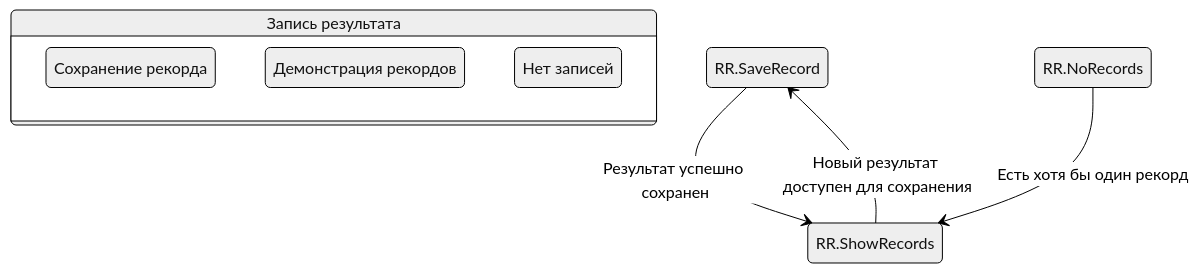
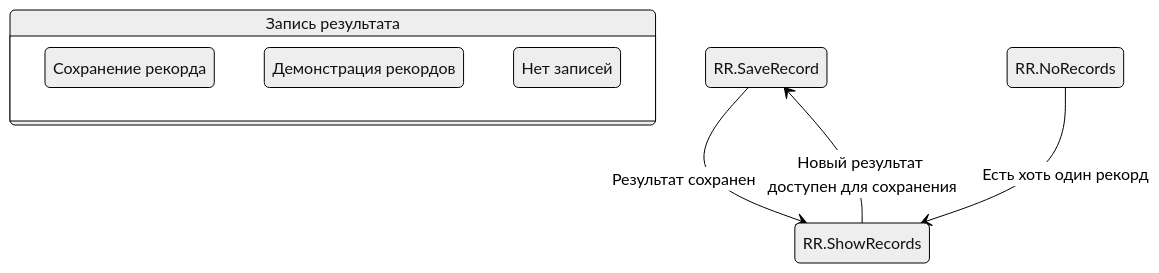
One commit to DoNik226/software_development changed the third of 4 diagrams in docs/behavior.md. Above: the diagram before and after it, drawn with Mermaid (neutral theme). The commit also changed other lines of this file, not shown here.

````diff
--- a/docs/behavior.md
+++ b/docs/behavior.md
@@ -34,11 +31,11 @@
 ```mermaid
 stateDiagram-v2
     state "Запись результата" as RR {
         SaveRecord : Сохранение рекорда
         ShowRecords : Демонстрация рекордов
         NoRecords : Нет записей
     }
-    RR.SaveRecord --> RR.ShowRecords : Результат успешно сохранен
-    RR.NoRecords --> RR.ShowRecords : Есть хотя бы один рекорд
+    RR.SaveRecord --> RR.ShowRecords : Результат сохранен
+    RR.NoRecords --> RR.ShowRecords : Есть хоть один рекорд
     RR.ShowRecords --> RR.SaveRecord : Новый результат доступен для сохранения
 ```
````
